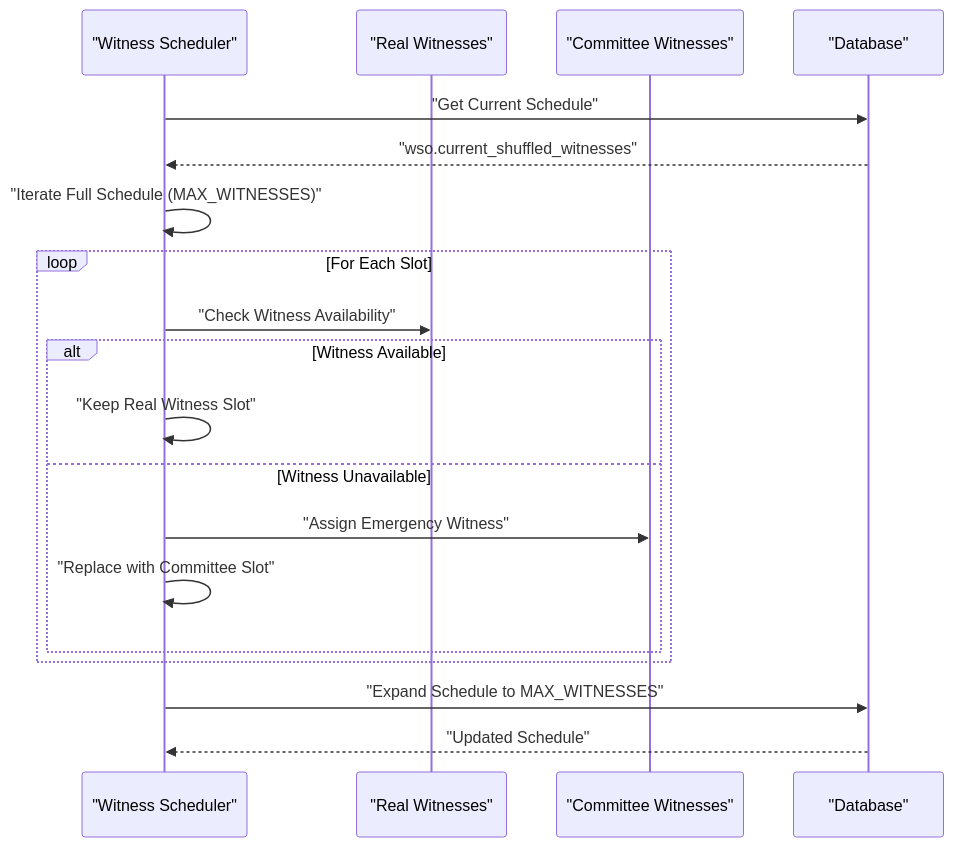
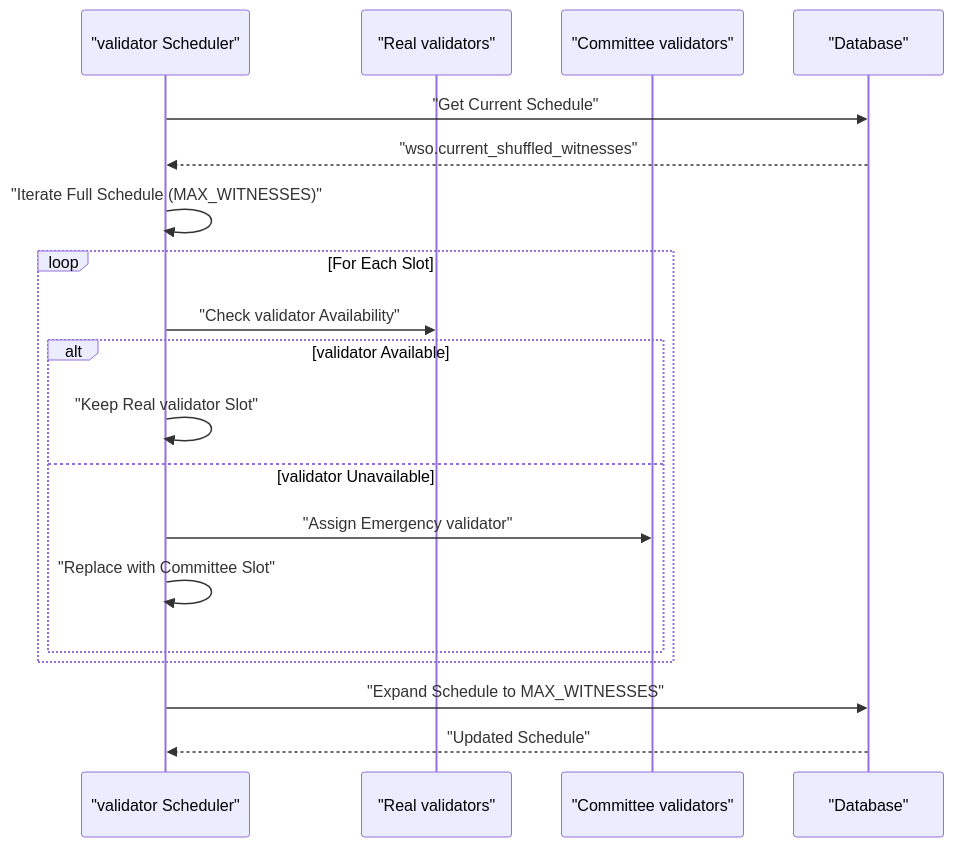
Before and after one commit to VIZ-Blockchain/viz-cpp-node: diagram 12 of 15 in .qoder/repowiki/en/content/Core Libraries/Core Libraries.md, drawn with Mermaid. The commit also changed other lines of this file and 88 other files, not shown here.

First line of the commit message:
docs(validator): rename witness to validator throughout documentation

````diff
--- a/.qoder/repowiki/en/content/Core Libraries/Core Libraries.md
+++ b/.qoder/repowiki/en/content/Core Libraries/Core Libraries.md
@@ -764,21 +764,21 @@
 ```mermaid
 sequenceDiagram
-participant SCHED as "Witness Scheduler"
-participant REAL as "Real Witnesses"
-participant COMMITTEE as "Committee Witnesses"
+participant SCHED as "validator Scheduler"
+participant REAL as "Real validators"
+participant COMMITTEE as "Committee validators"
 participant DATABASE as "Database"
 SCHED->>DATABASE : "Get Current Schedule"
 DATABASE-->>SCHED : "wso.current_shuffled_witnesses"
 SCHED->>SCHED : "Iterate Full Schedule (MAX_WITNESSES)"
 loop For Each Slot
-SCHED->>REAL : "Check Witness Availability"
-alt Witness Available
-SCHED->>SCHED : "Keep Real Witness Slot"
-else Witness Unavailable
-SCHED->>COMMITTEE : "Assign Emergency Witness"
+SCHED->>REAL : "Check validator Availability"
+alt validator Available
+SCHED->>SCHED : "Keep Real validator Slot"
+else validator Unavailable
+SCHED->>COMMITTEE : "Assign Emergency validator"
 SCHED->>SCHED : "Replace with Committee Slot"
 end
 end
 SCHED->>DATABASE : "Expand Schedule to MAX_WITNESSES"
 DATABASE-->>SCHED : "Updated Schedule"
 ```
````
